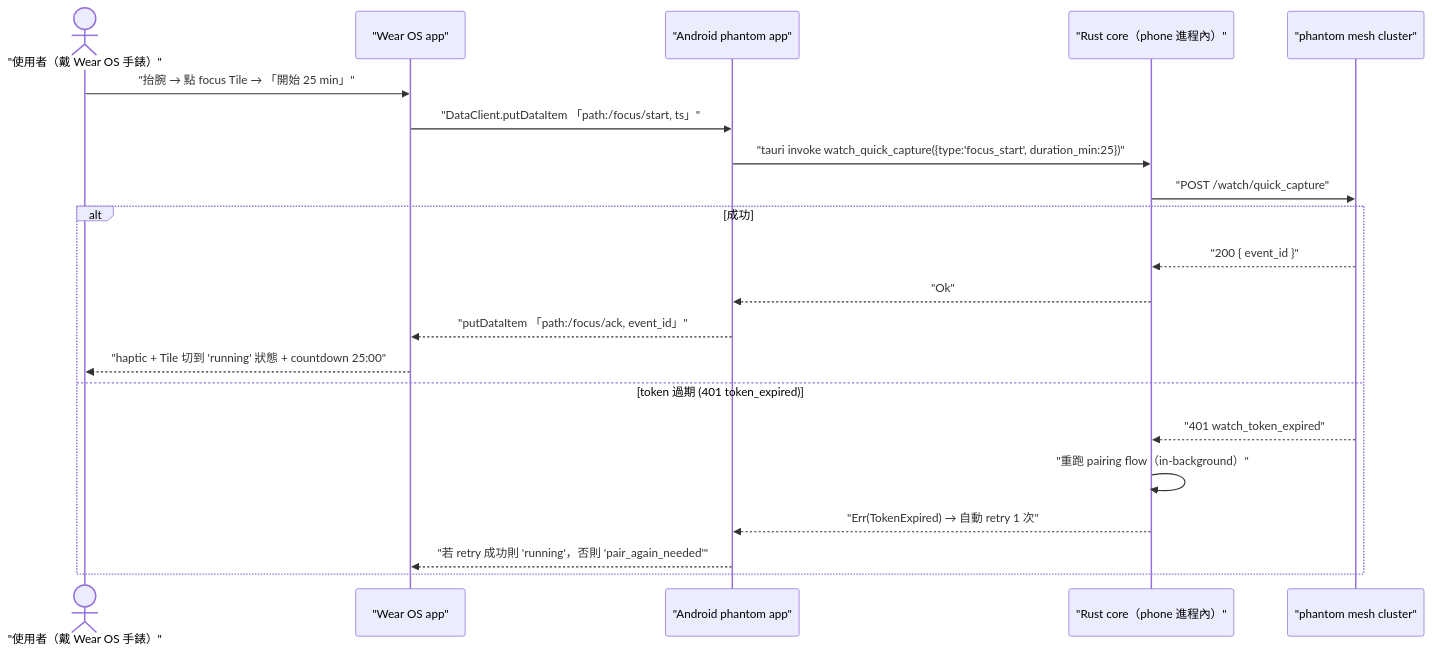
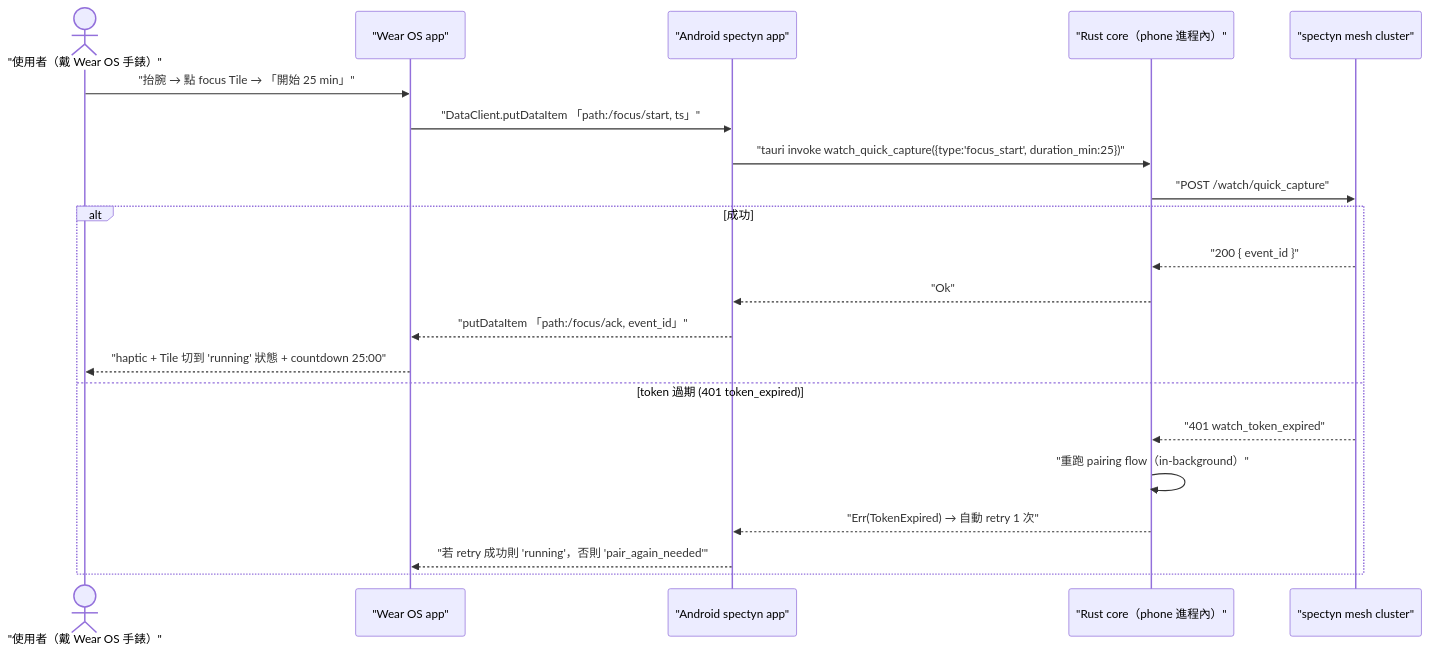
The third of 4 diagrams in docs/spec/history/2026-05-30/deferred/SPEC-73-EXP-watch-companion.md (markl-a/phantom-mesh), drawn with Mermaid before and after one commit. The commit also changed other lines of this file and 1245 other files, not shown here.

First line of the commit message:
rename: phantom -> spectyn across the public tree

````diff
--- a/docs/spec/history/2026-05-30/deferred/SPEC-73-EXP-watch-companion.md
+++ b/docs/spec/history/2026-05-30/deferred/SPEC-73-EXP-watch-companion.md
@@ -214,23 +214,23 @@
 ```mermaid
 sequenceDiagram
     actor user as "使用者（戴 Wear OS 手錶）"
     participant wear as "Wear OS app"
-    participant phone as "Android phantom app"
+    participant phone as "Android spectyn app"
     participant core as "Rust core（phone 進程內）"
-    participant cluster as "phantom mesh cluster"
+    participant cluster as "spectyn mesh cluster"
     user->>wear: "抬腕 → 點 focus Tile → 「開始 25 min」"
     wear->>phone: "DataClient.putDataItem 「path:/focus/start, ts」"
     phone->>core: "tauri invoke watch_quick_capture({type:'focus_start', duration_min:25})"
     core->>cluster: "POST /watch/quick_capture"
     alt 成功
         cluster-->>core: "200 { event_id }"
         core-->>phone: "Ok"
         phone-->>wear: "putDataItem 「path:/focus/ack, event_id」"
         wear-->>user: "haptic + Tile 切到 'running' 狀態 + countdown 25:00"
     else token 過期 (401 token_expired)
         cluster-->>core: "401 watch_token_expired"
         core->>core: "重跑 pairing flow（in-background）"
         core-->>phone: "Err(TokenExpired) → 自動 retry 1 次"
         phone-->>wear: "若 retry 成功則 'running'，否則 'pair_again_needed'"
     end
 ```
````
